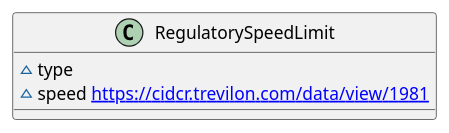
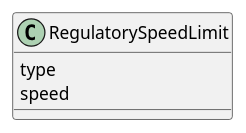
Before and after one commit to k-vaughn/its-reference-model: the diagram in regulatoryspeed.puml, drawn with PlantUML. The commit also changed 6 other files, not shown here.

```diff
--- a/regulatoryspeed.puml
+++ b/regulatoryspeed.puml
@@ -1,8 +1,8 @@
 @startuml
 
 class RegulatorySpeedLimit {
-	~ type
-	~ speed [[https://cidcr.trevilon.com/data/view/1981 {definition}]]
+	type
+	speed
 }
 
 @enduml
```
